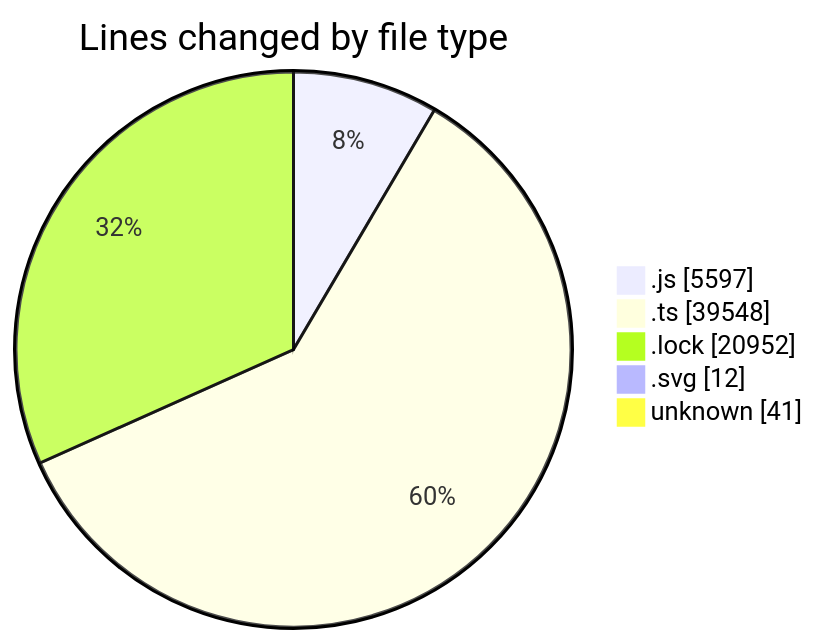
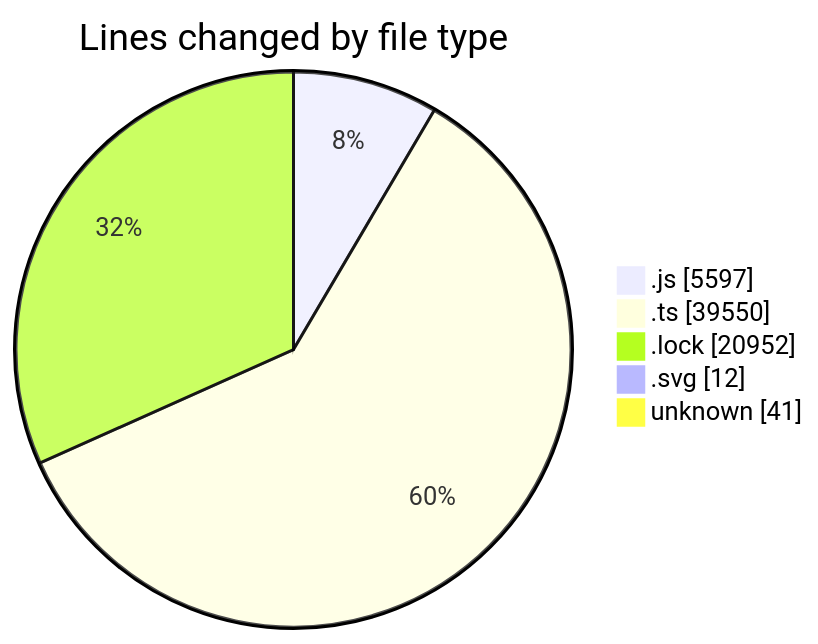
The first of 2 diagrams in 2025-08-12/cda/README.md (momahboobian/code-tracking), drawn with Mermaid before and after one commit. The commit also changed other lines of this file and 1 other file, not shown here.

````diff
--- a/2025-08-12/cda/README.md
+++ b/2025-08-12/cda/README.md
@@ -44,9 +44,9 @@
 ```mermaid
 pie showData
 title Lines changed by file type
 ".js" : 5597
-".ts" : 39548
+".ts" : 39550
 ".lock" : 20952
 ".svg" : 12
 "unknown" : 41
 ```
````
